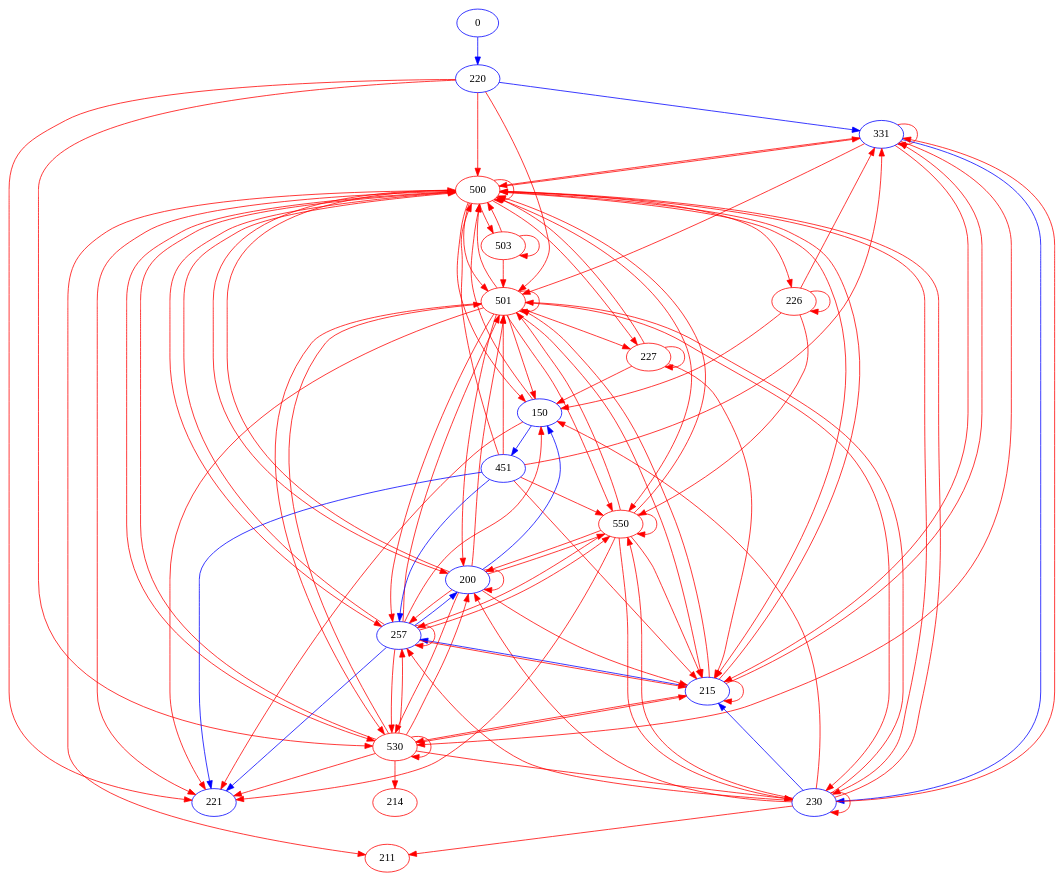
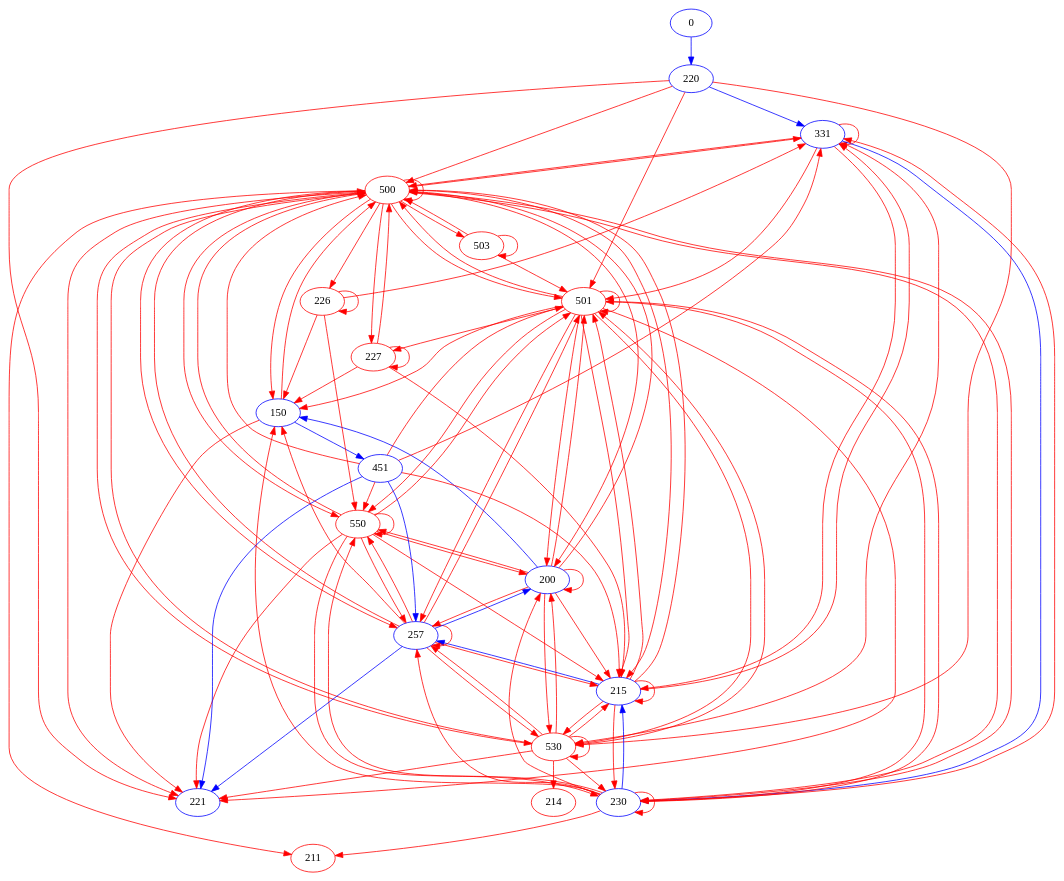
Before and after one commit to muyuruhua/research_laboratory: the diagram in ChatAFL-master/comparison_results/LightFTP_20260118_184232/chatafl/ipsm.dot, drawn with Graphviz. The commit also changed 70 other files, not shown here.

```diff
--- a/ChatAFL-master/comparison_results/LightFTP_20260118_184232/chatafl/ipsm.dot
+++ b/ChatAFL-master/comparison_results/LightFTP_20260118_184232/chatafl/ipsm.dot
@@ -60,6 +60,8 @@
 	230 -> 211	[key=new_edge,
 		color=red];
 	215 -> 331	[key=new_edge,
+		color=red];
+	215 -> 230	[key=new_edge,
 		color=red];
 	215 -> 215	[key=new_edge,
 		color=red];
```
